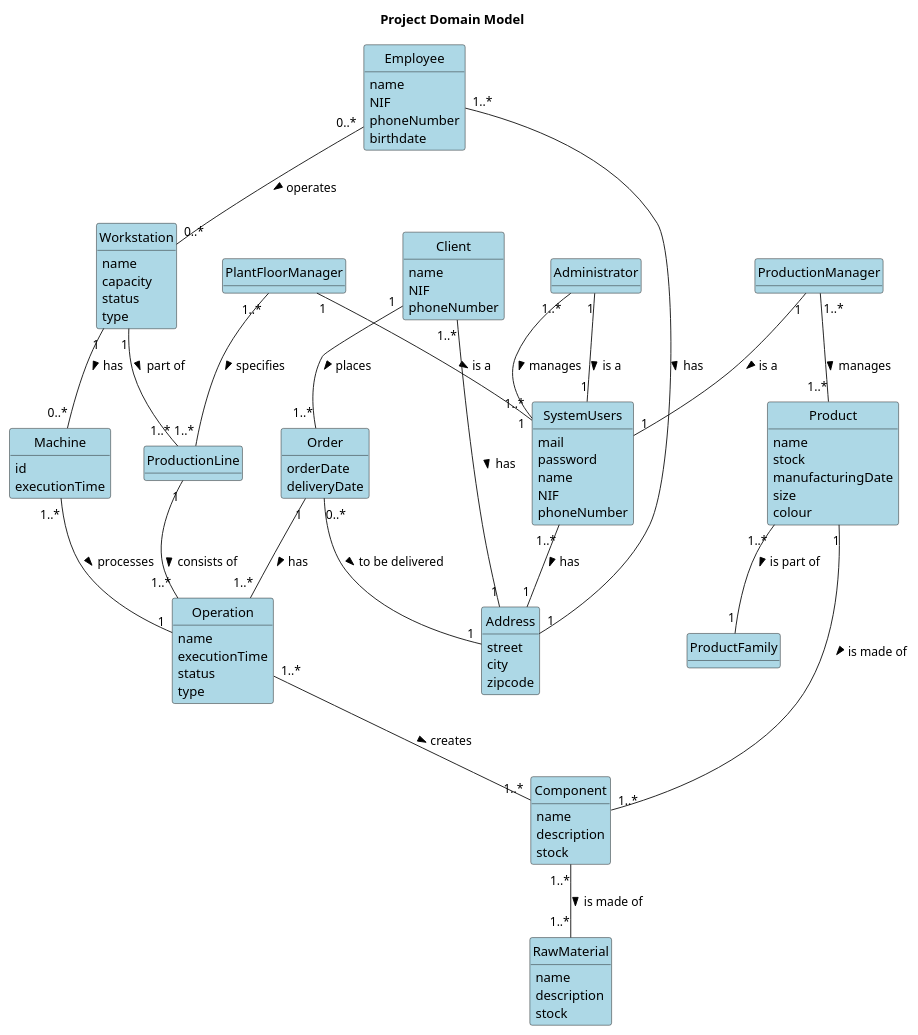
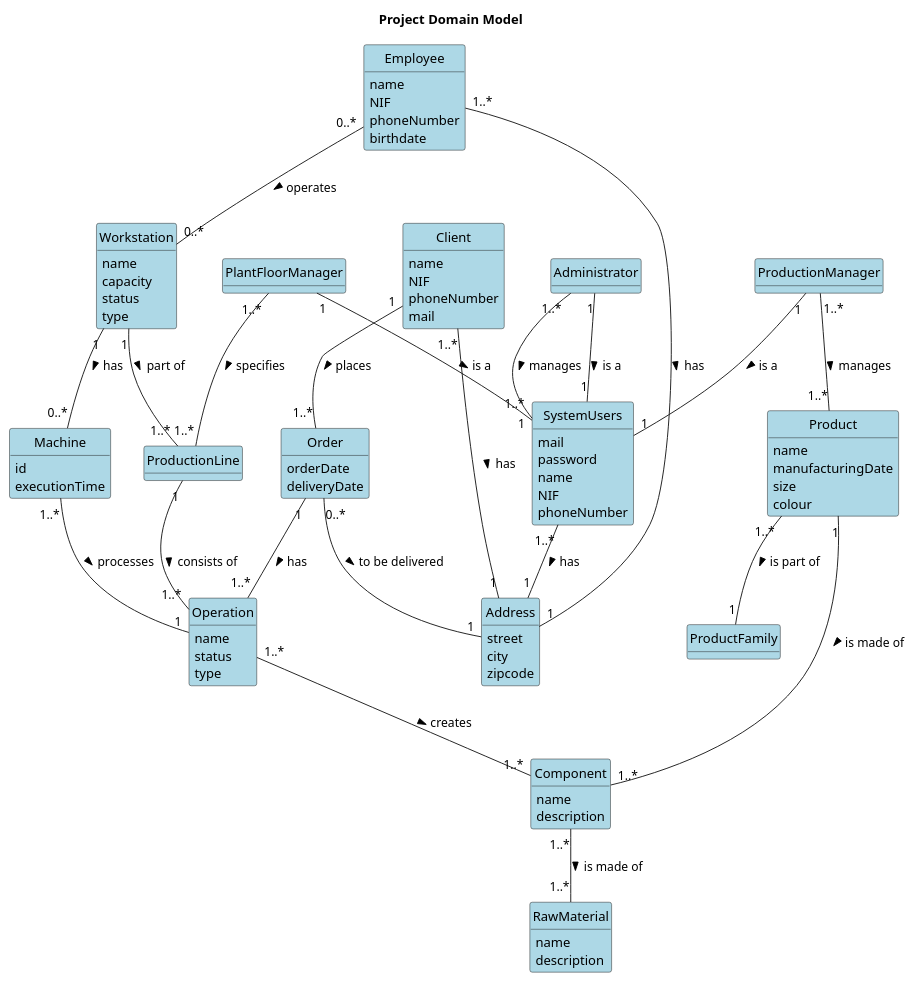
The diagram in others/documentation/global-artifacts/domain-model.puml (ricardomm7/buildflow), drawn with PlantUML before and after one commit. The commit also changed 4 other files, not shown here.

```diff
--- a/others/documentation/global-artifacts/domain-model.puml
+++ b/others/documentation/global-artifacts/domain-model.puml
@@ -1,133 +1,130 @@
 @startuml
 skinparam classBackgroundColor #ADD8E6
 skinparam packageStyle rectangle
 skinparam shadowing false
 skinparam classAttributeIconSize 0
 hide circle
 hide methods
 'left to right direction
 
 title Project Domain Model
 
 class ProductionLine{
 
 }
 class Administrator{
 
 }
 class SystemUsers{
     mail
     password
     name
     NIF
     phoneNumber
 }
 class PlantFloorManager{
 
 }
 class ProductionManager{
 
 }
 
 class RawMaterial {
     name
     description
-    stock
 }
 
 class Product {
     name
-    stock
     manufacturingDate
     size
     colour
 }
 
 class Component {
     name
     description
-    stock
 }
 
 class Machine {
     id
     executionTime
 }
 
 class Employee {
     name
     NIF
     phoneNumber
     birthdate
 }
 
 class Operation {
     name
-    executionTime
     status
     type
 }
 
 class Workstation {
     name
     capacity
     status
     type
 }
 
 'class Factory {
    ' name
    ' specialty
 '}
 
 class Order {
     product(s)
     orderDate
     deliveryDate
 }
 
 class Client {
     name
     NIF
     phoneNumber
+    mail
 }
 
 class Address {
     street
     city
     zipcode
 }
 
 class ProductFamily {
 
 }
 
 Administrator"1" -- "1" SystemUsers: is a >
 ProductionManager"1" -- "1" SystemUsers: is a >
 PlantFloorManager"1" -- "1" SystemUsers: is a >
 Administrator"1..*" -- "1..*" SystemUsers: manages >
 PlantFloorManager"1..*" -- "1..*" ProductionLine: specifies >
 Workstation "1" -- "0..*" Machine: has >
 ProductionManager "1..*" -- "1..*" Product: manages >
 Component "1..*" -- "1..*" RawMaterial: is made of >
 Product "1" -- "1..*" Component : is made of >
 'Component "1" -- "1..*" Operation : is related to >
 'RawMaterial "1" -- "1..*" Operation : is related to >
 Operation "1..*" -- "1..*" Component : creates >
 Order "1" -- "1..*" Operation : has >
 'assumindo que não existem encomendas iguais
 Client "1" -- "1..*" Order : places >
 Machine "1..*" -- "1" Operation : processes >
 Employee "0..*" -- "0..*" Workstation : operates >
 Workstation "1" -- "1..*" ProductionLine : part of >
 'Factory "1" -- "1..*" Workstation : has >
 
 Client "1..*" -- "1" Address : has >
 'Factory "1" -- "1" Address : has >
 Order "0..*" -- "1" Address : to be delivered >
 Employee "1..*" -- "1" Address : has >
 SystemUsers "1..*" -- "1" Address : has >
 
 Product "1..*" -- "1" ProductFamily : is part of >
 ProductionLine "1" -- "1..*" Operation : consists of >
 @enduml
```
